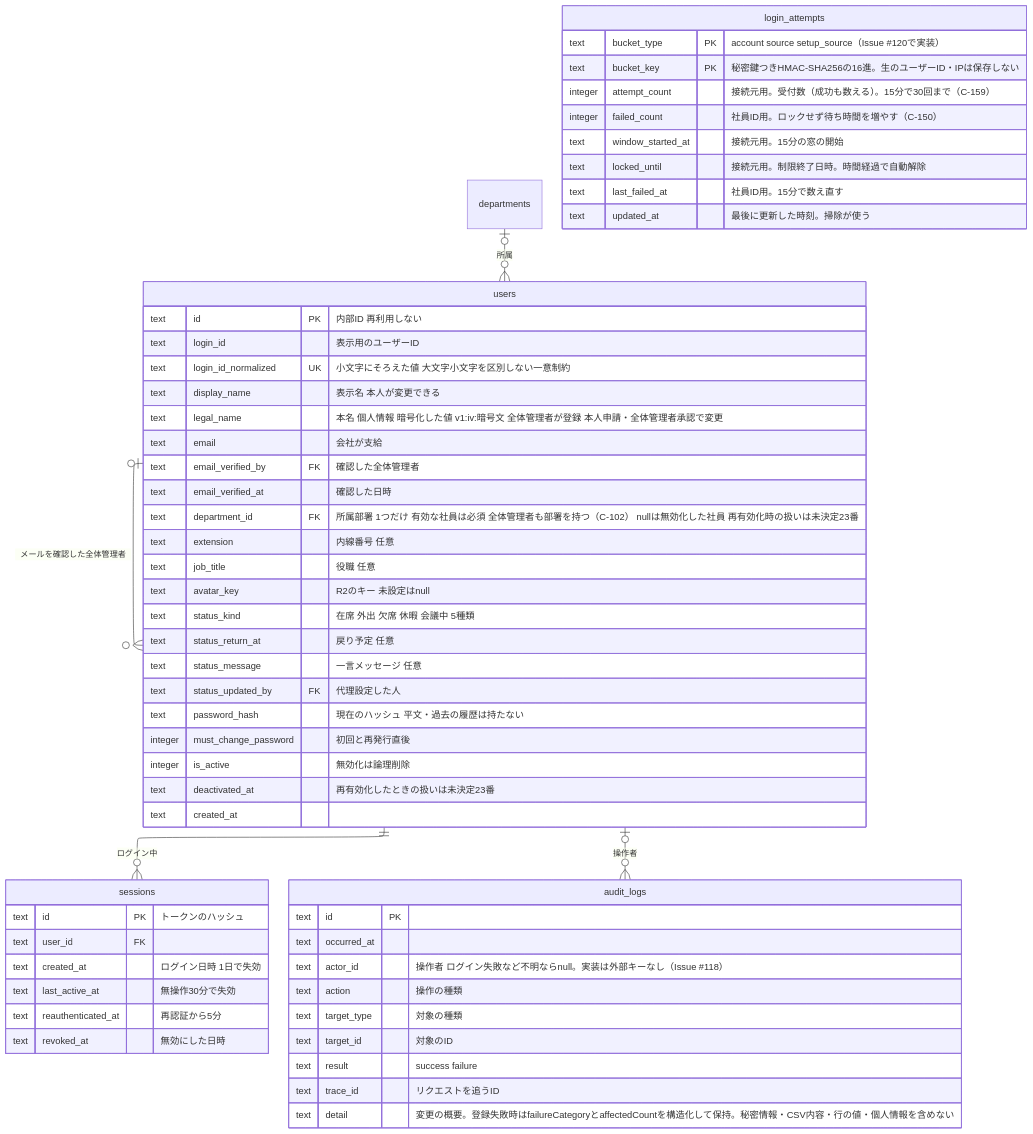
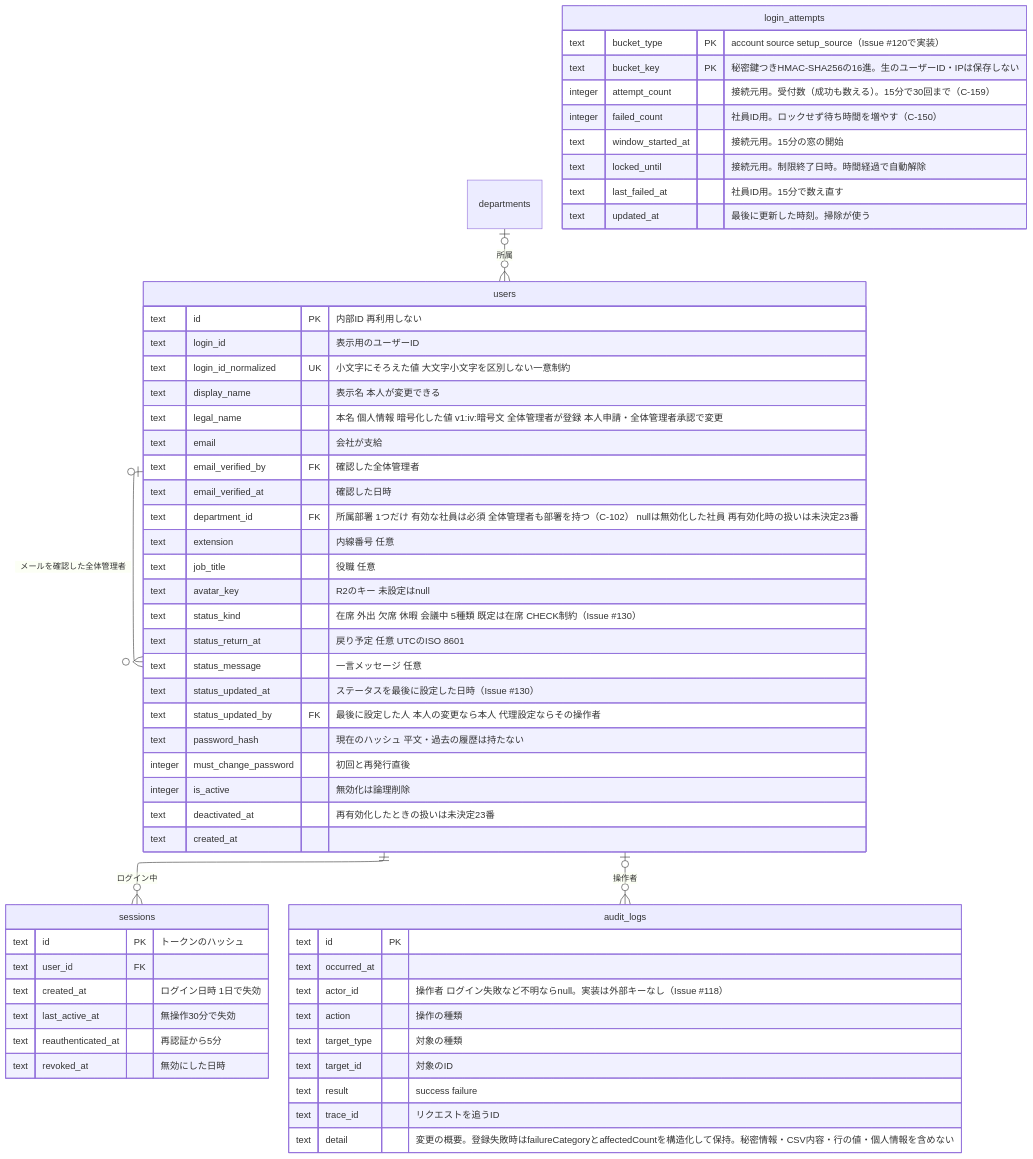
Before and after one commit to yamamotonaoki3/internal-system: the fifth of 8 diagrams in docs/requirements/data-model.md, drawn with Mermaid. The commit also changed other lines of this file and 90 other files, not shown here.

````diff
--- a/docs/requirements/data-model.md
+++ b/docs/requirements/data-model.md
@@ -168,64 +168,65 @@
 ```mermaid
 ---
 config:
   layout: elk
 ---
 erDiagram
     departments |o--o{ users : "所属"
     users ||--o{ sessions : "ログイン中"
     users |o--o{ audit_logs : "操作者"
     users |o--o{ users : "メールを確認した全体管理者"
 
     users {
         text id PK "内部ID 再利用しない"
         text login_id "表示用のユーザーID"
         text login_id_normalized UK "小文字にそろえた値 大文字小文字を区別しない一意制約"
         text display_name "表示名 本人が変更できる"
         text legal_name "本名 個人情報 暗号化した値 v1:iv:暗号文 全体管理者が登録 本人申請・全体管理者承認で変更"
         text email "会社が支給"
         text email_verified_by FK "確認した全体管理者"
         text email_verified_at "確認した日時"
         text department_id FK "所属部署 1つだけ 有効な社員は必須 全体管理者も部署を持つ（C-102） nullは無効化した社員 再有効化時の扱いは未決定23番"
         text extension "内線番号 任意"
         text job_title "役職 任意"
         text avatar_key "R2のキー 未設定はnull"
-        text status_kind "在席 外出 欠席 休暇 会議中 5種類"
-        text status_return_at "戻り予定 任意"
+        text status_kind "在席 外出 欠席 休暇 会議中 5種類 既定は在席 CHECK制約（Issue #130）"
+        text status_return_at "戻り予定 任意 UTCのISO 8601"
         text status_message "一言メッセージ 任意"
-        text status_updated_by FK "代理設定した人"
+        text status_updated_at "ステータスを最後に設定した日時（Issue #130）"
+        text status_updated_by FK "最後に設定した人 本人の変更なら本人 代理設定ならその操作者"
         text password_hash "現在のハッシュ 平文・過去の履歴は持たない"
         integer must_change_password "初回と再発行直後"
         integer is_active "無効化は論理削除"
         text deactivated_at "再有効化したときの扱いは未決定23番"
         text created_at
     }
     sessions {
         text id PK "トークンのハッシュ"
         text user_id FK
         text created_at "ログイン日時 1日で失効"
         text last_active_at "無操作30分で失効"
         text reauthenticated_at "再認証から5分"
         text revoked_at "無効にした日時"
     }
     login_attempts {
         text bucket_type PK "account source setup_source（Issue #120で実装）"
         text bucket_key PK "秘密鍵つきHMAC-SHA256の16進。生のユーザーID・IPは保存しない"
         integer attempt_count "接続元用。受付数（成功も数える）。15分で30回まで（C-159）"
         integer failed_count "社員ID用。ロックせず待ち時間を増やす（C-150）"
         text window_started_at "接続元用。15分の窓の開始"
         text locked_until "接続元用。制限終了日時。時間経過で自動解除"
         text last_failed_at "社員ID用。15分で数え直す"
         text updated_at "最後に更新した時刻。掃除が使う"
     }
     audit_logs {
         text id PK
         text occurred_at
         text actor_id "操作者 ログイン失敗など不明ならnull。実装は外部キーなし（Issue #118）"
         text action "操作の種類"
         text target_type "対象の種類"
         text target_id "対象のID"
         text result "success failure"
         text trace_id "リクエストを追うID"
         text detail "変更の概要。登録失敗時はfailureCategoryとaffectedCountを構造化して保持。秘密情報・CSV内容・行の値・個人情報を含めない"
     }
 ```
````
